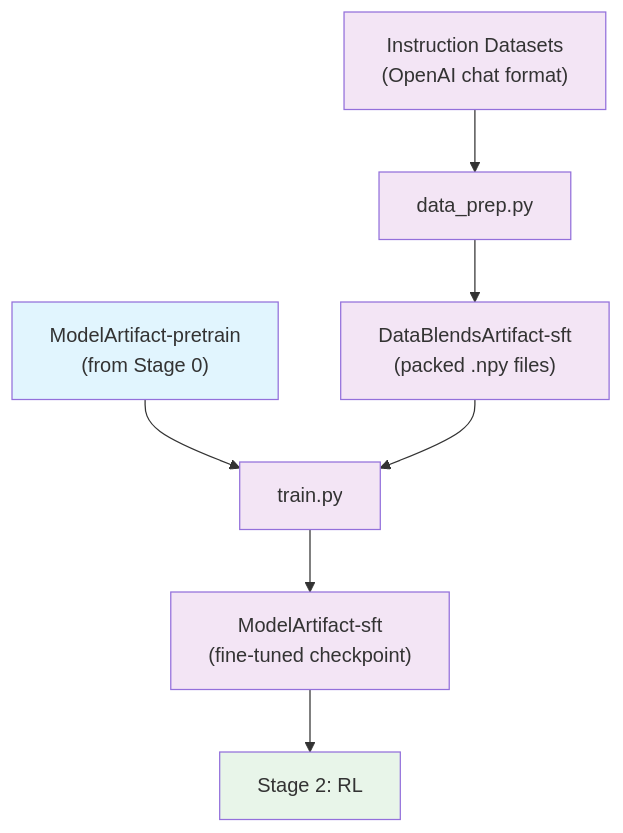
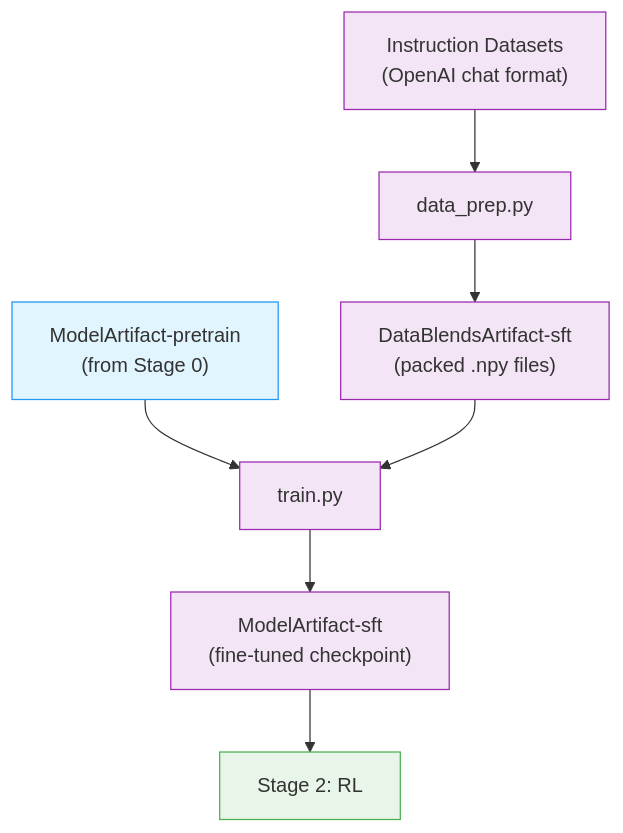
One commit to NVIDIA-NeMo/Nemotron changed the diagram in docs/train/nano3/sft.md. Above: the diagram before and after it, drawn with Mermaid. The commit also changed other lines of this file and 40 other files, not shown here.

````diff
--- a/docs/train/nano3/sft.md
+++ b/docs/train/nano3/sft.md
@@ -390,17 +125,18 @@
 ```mermaid
+%%{init: {'theme': 'base', 'themeVariables': { 'primaryBorderColor': '#333333', 'lineColor': '#333333', 'primaryTextColor': '#333333'}}}%%
 flowchart TB
     prev["ModelArtifact-pretrain<br/>(from Stage 0)"] --> train
     inst["Instruction Datasets<br/>(OpenAI chat format)"] --> dp["data_prep.py"]
     dp --> data["DataBlendsArtifact-sft<br/>(packed .npy files)"]
     data --> train["train.py"]
     train --> model["ModelArtifact-sft<br/>(fine-tuned checkpoint)"]
     model --> next["Stage 2: RL"]
 
-    style prev fill:#e1f5fe
-    style inst fill:#f3e5f5
-    style dp fill:#f3e5f5
-    style data fill:#f3e5f5
-    style train fill:#f3e5f5
-    style model fill:#f3e5f5
-    style next fill:#e8f5e9
+    style prev fill:#e1f5fe,stroke:#2196f3
+    style inst fill:#f3e5f5,stroke:#9c27b0
+    style dp fill:#f3e5f5,stroke:#9c27b0
+    style data fill:#f3e5f5,stroke:#9c27b0
+    style train fill:#f3e5f5,stroke:#9c27b0
+    style model fill:#f3e5f5,stroke:#9c27b0
+    style next fill:#e8f5e9,stroke:#4caf50
 ```
````
